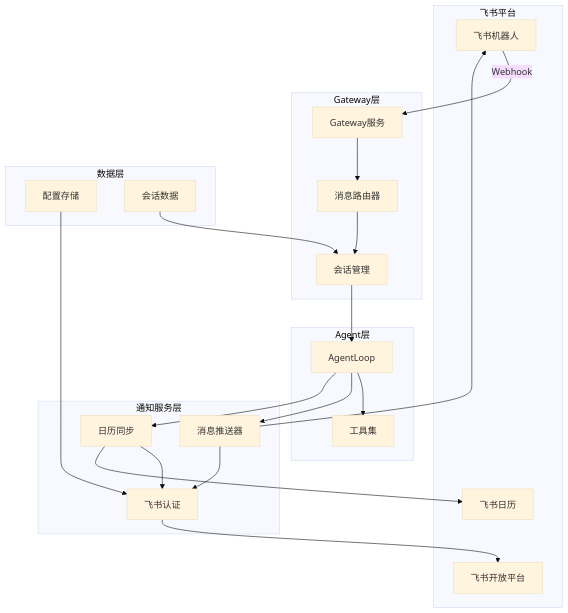
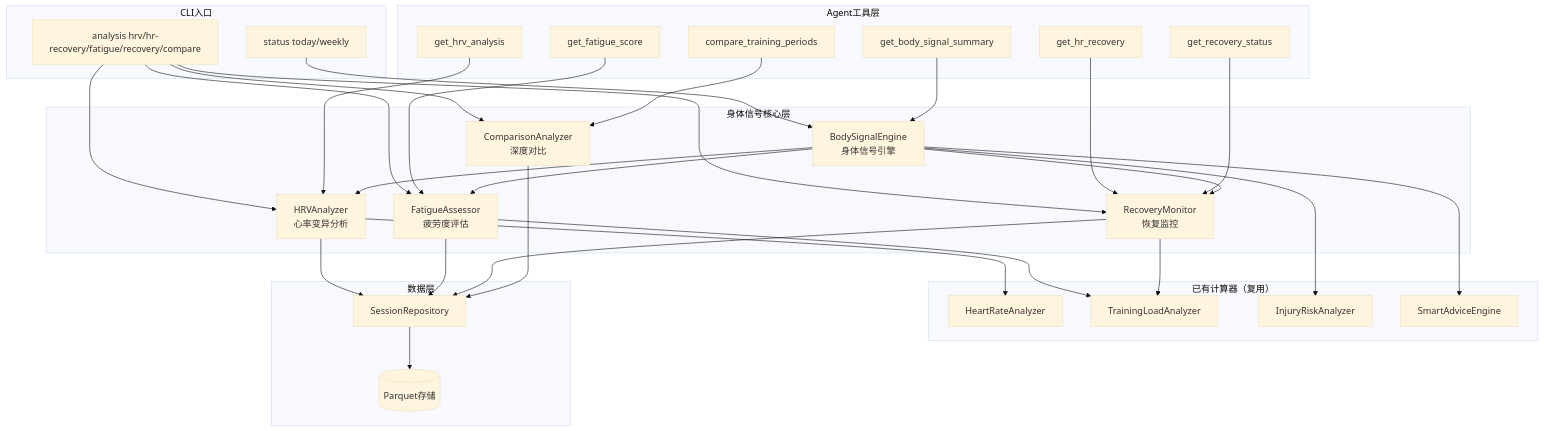
Before and after one commit to yecllsl/nanobot-runner: the second of 3 diagrams in docs/architecture/架构设计说明书.md, drawn with Mermaid (base theme). The commit also changed other lines of this file and 4 other files, not shown here.

````diff
--- a/docs/architecture/架构设计说明书.md
+++ b/docs/architecture/架构设计说明书.md
@@ -543,48 +186,65 @@
 ```mermaid
 graph TB
-    subgraph "飞书平台"
-        FEISHU_BOT[飞书机器人]
-        FEISHU_API[飞书开放平台]
-        FEISHU_CAL[飞书日历]
+    subgraph "CLI入口"
+        STATUS_CMD[status today/weekly]
+        ANALYSIS_CMD[analysis hrv/hr-recovery/fatigue/recovery/compare]
     end
-    
-    subgraph "Gateway层"
-        GATEWAY[Gateway服务]
-        ROUTER[消息路由器]
-        SESSION[会话管理]
+
+    subgraph "Agent工具层"
+        TOOL_HRV[get_hrv_analysis]
+        TOOL_RECOVERY[get_hr_recovery]
+        TOOL_FATIGUE[get_fatigue_score]
+        TOOL_REC_STATUS[get_recovery_status]
+        TOOL_BODY[get_body_signal_summary]
+        TOOL_COMPARE[compare_training_periods]
     end
-    
-    subgraph "Agent层"
-        AGENT_LOOP[AgentLoop]
-        TOOLS[工具集]
+
+    subgraph "身体信号核心层"
+        HRV[HRVAnalyzer<br/>心率变异分析]
+        FATIGUE[FatigueAssessor<br/>疲劳度评估]
+        RECOVERY[RecoveryMonitor<br/>恢复监控]
+        ENGINE[BodySignalEngine<br/>身体信号引擎]
+        COMPARE[ComparisonAnalyzer<br/>深度对比]
     end
-    
-    subgraph "通知服务层"
-        FEISHU_AUTH[飞书认证]
-        NOTIFIER[消息推送器]
-        CAL_SYNC[日历同步]
+
+    subgraph "已有计算器（复用）"
+        HR_ANALYZER[HeartRateAnalyzer]
+        LOAD_ANALYZER[TrainingLoadAnalyzer]
+        INJURY_ANALYZER[InjuryRiskAnalyzer]
+        ADVICE_ENGINE[SmartAdviceEngine]
     end
-    
+
     subgraph "数据层"
-        CONFIG[配置存储]
-        SESSION_DATA[会话数据]
+        SESSION_REPO[SessionRepository]
+        PARQUET[(Parquet存储)]
     end
-    
-    FEISHU_BOT -->|Webhook| GATEWAY
-    GATEWAY --> ROUTER
-    ROUTER --> SESSION
-    SESSION --> AGENT_LOOP
-    AGENT_LOOP --> TOOLS
-    
-    AGENT_LOOP --> NOTIFIER
-    AGENT_LOOP --> CAL_SYNC
-    
-    NOTIFIER --> FEISHU_AUTH
-    CAL_SYNC --> FEISHU_AUTH
-    FEISHU_AUTH --> FEISHU_API
-    NOTIFIER --> FEISHU_BOT
-    CAL_SYNC --> FEISHU_CAL
-    
-    CONFIG --> FEISHU_AUTH
-    SESSION_DATA --> SESSION
+
+    STATUS_CMD --> ENGINE
+    ANALYSIS_CMD --> HRV
+    ANALYSIS_CMD --> FATIGUE
+    ANALYSIS_CMD --> RECOVERY
+    ANALYSIS_CMD --> COMPARE
+
+    TOOL_HRV --> HRV
+    TOOL_RECOVERY --> RECOVERY
+    TOOL_FATIGUE --> FATIGUE
+    TOOL_REC_STATUS --> RECOVERY
+    TOOL_BODY --> ENGINE
+    TOOL_COMPARE --> COMPARE
+
+    ENGINE --> HRV
+    ENGINE --> FATIGUE
+    ENGINE --> RECOVERY
+
+    HRV --> HR_ANALYZER
+    FATIGUE --> LOAD_ANALYZER
+    RECOVERY --> LOAD_ANALYZER
+    ENGINE --> INJURY_ANALYZER
+    ENGINE --> ADVICE_ENGINE
+
+    HRV --> SESSION_REPO
+    FATIGUE --> SESSION_REPO
+    RECOVERY --> SESSION_REPO
+    COMPARE --> SESSION_REPO
+    SESSION_REPO --> PARQUET
 ```
````
